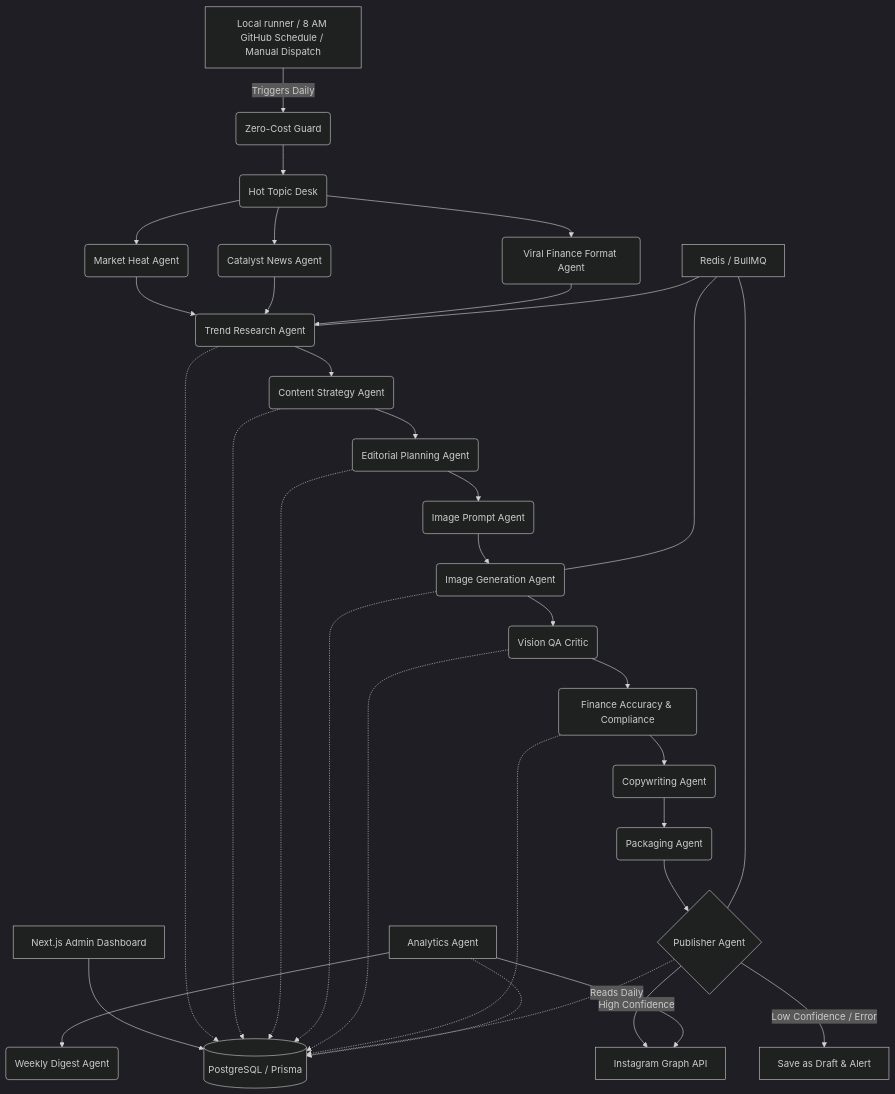
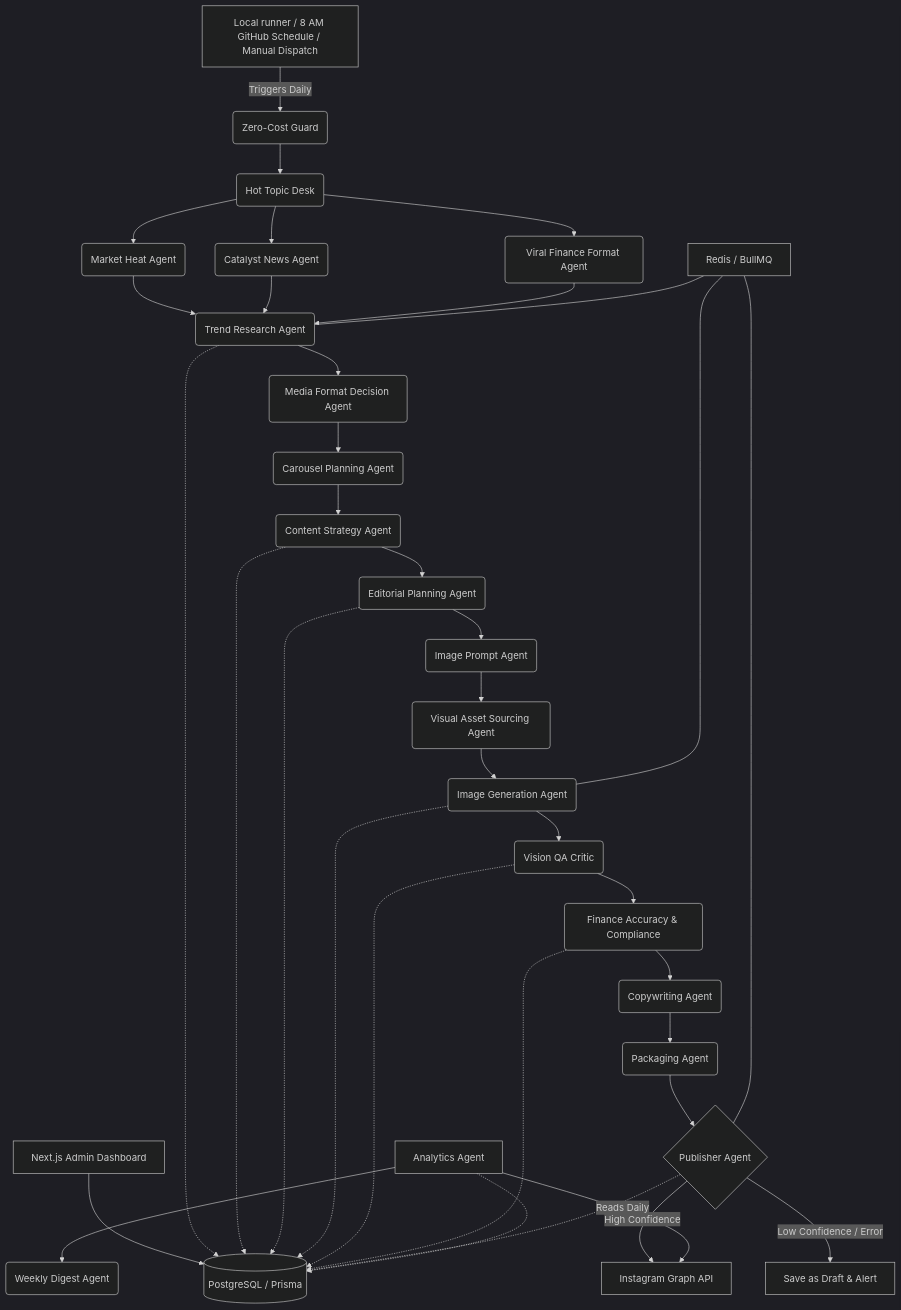
Before and after one commit to MyankInsan/thestatsandstacks: the diagram in architecture.md, drawn with Mermaid (dark theme). The commit also changed other lines of this file and 14 other files, not shown here.

````diff
--- a/architecture.md
+++ b/architecture.md
@@ -4,40 +4,43 @@
 ```mermaid
 graph TD
     A[Local runner / 8 AM GitHub Schedule / Manual Dispatch] -->|Triggers Daily| Z(Zero-Cost Guard)
     Z --> H0(Hot Topic Desk)
     H0 --> H1(Market Heat Agent)
     H0 --> H2(Catalyst News Agent)
     H0 --> H3(Viral Finance Format Agent)
     H1 --> B(Trend Research Agent)
     H2 --> B
     H3 --> B
-    B --> C(Content Strategy Agent)
+    B --> MF(Media Format Decision Agent)
+    MF --> CP(Carousel Planning Agent)
+    CP --> C(Content Strategy Agent)
     C --> D(Editorial Planning Agent)
     D --> E(Image Prompt Agent)
-    E --> F(Image Generation Agent)
+    E --> VS(Visual Asset Sourcing Agent)
+    VS --> F(Image Generation Agent)
     F --> G(Vision QA Critic)
     G --> H(Finance Accuracy & Compliance)
     H --> I(Copywriting Agent)
     I --> J(Packaging Agent)
     J --> L{Publisher Agent}
     
     L -->|High Confidence| M[Instagram Graph API]
     L -->|Low Confidence / Error| N[Save as Draft & Alert]
     
     O[Analytics Agent] -->|Reads Daily| M
     O --> P(Weekly Digest Agent)
     
     Q[Next.js Admin Dashboard] --> R[(PostgreSQL / Prisma)]
     B -.-> R
     C -.-> R
     D -.-> R
     F -.-> R
     G -.-> R
     H -.-> R
     L -.-> R
     O -.-> R
 
     S[Redis / BullMQ] --- B
     S --- F
     S --- L
 ```
````
